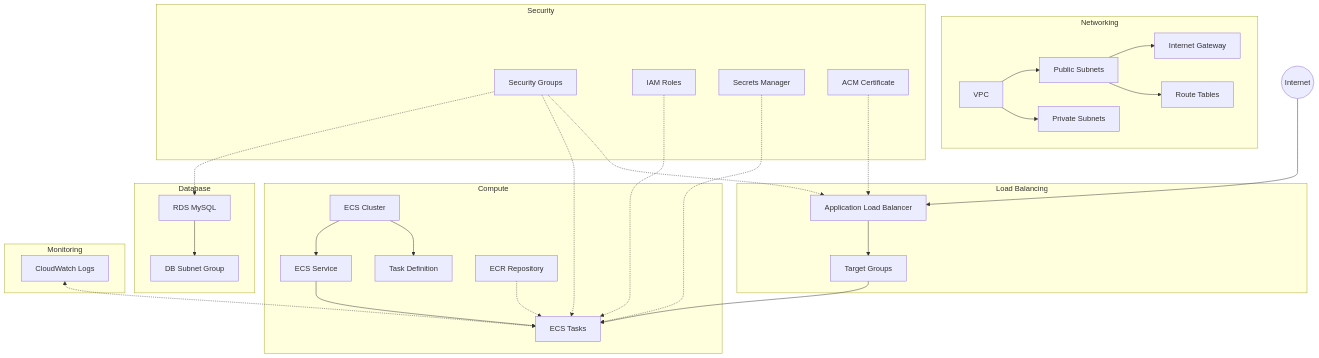
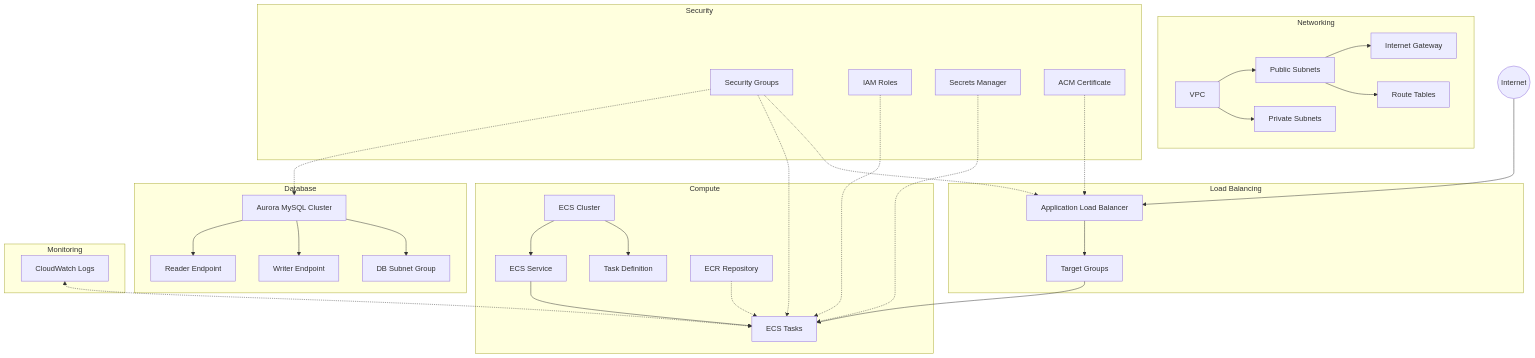
The fourth of 6 diagrams in docs/ARCHITECTURE.md (malinmalliyawadu/CapDevReporter), drawn with Mermaid before and after one commit. The commit also changed other lines of this file and 1 other file, not shown here.

Commit message:
Refactor database architecture to use Aurora MySQL Cluster
- Replaced RDS MySQL instance with an Aurora MySQL cluster for improved scalability and availability.
- Updated Terraform configuration to define the Aurora cluster and its instances.
- Modified architecture documentation to reflect the new database setup, including writer and reader endpoints.
- Adjusted database connection strings in secrets manager to align with the new cluster structure.

````diff
--- a/docs/ARCHITECTURE.md
+++ b/docs/ARCHITECTURE.md
@@ -116,40 +118,42 @@
 ```mermaid
 graph TD
     subgraph "Networking"
         VPC[VPC] --> PublicSubnets[Public Subnets]
         VPC --> PrivateSubnets[Private Subnets]
         PublicSubnets --> IGW[Internet Gateway]
         PublicSubnets --> RouteTables[Route Tables]
     end
 
     subgraph "Compute"
         ECS[ECS Cluster] --> TaskDef[Task Definition]
         ECS --> Service[ECS Service]
         Service --> Tasks[ECS Tasks]
         ECR[ECR Repository] -.-> Tasks
     end
 
     subgraph "Database"
-        RDS[RDS MySQL] --> DBSubnetGroup[DB Subnet Group]
+        AuroraCluster[Aurora MySQL Cluster] --> DBSubnetGroup[DB Subnet Group]
+        AuroraCluster --> WriterEndpoint[Writer Endpoint]
+        AuroraCluster --> ReaderEndpoint[Reader Endpoint]
     end
 
     subgraph "Load Balancing"
         ALB[Application Load Balancer] --> TargetGroups[Target Groups]
         TargetGroups --> Tasks
     end
 
     subgraph "Security"
         SecGroups[Security Groups] -.-> ALB
         SecGroups -.-> Tasks
-        SecGroups -.-> RDS
+        SecGroups -.-> AuroraCluster
         IAMRoles[IAM Roles] -.-> Tasks
         SecretsManager[Secrets Manager] -.-> Tasks
         ACM[ACM Certificate] -.-> ALB
     end
 
     subgraph "Monitoring"
         CloudWatch[CloudWatch Logs] <-.-> Tasks
     end
 
     Internet((Internet)) --> ALB
 ```
````
